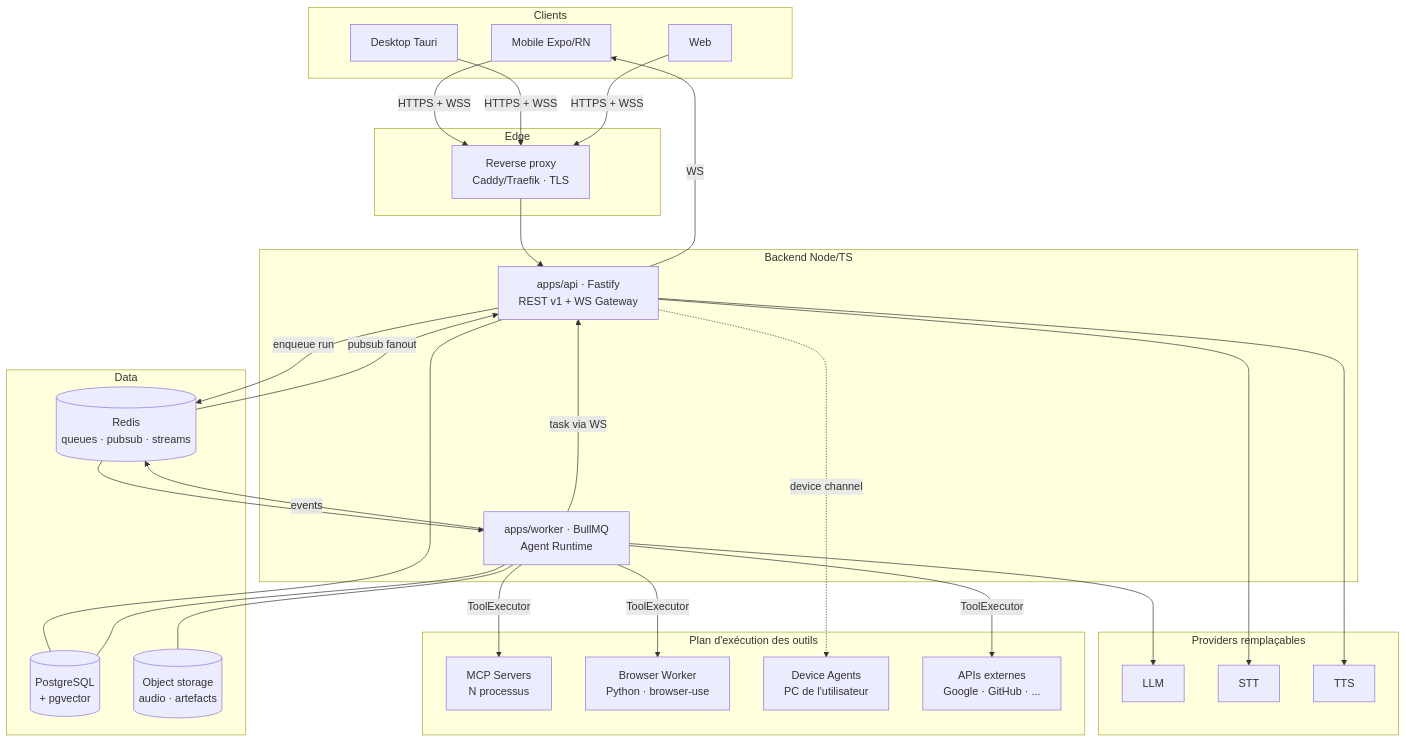
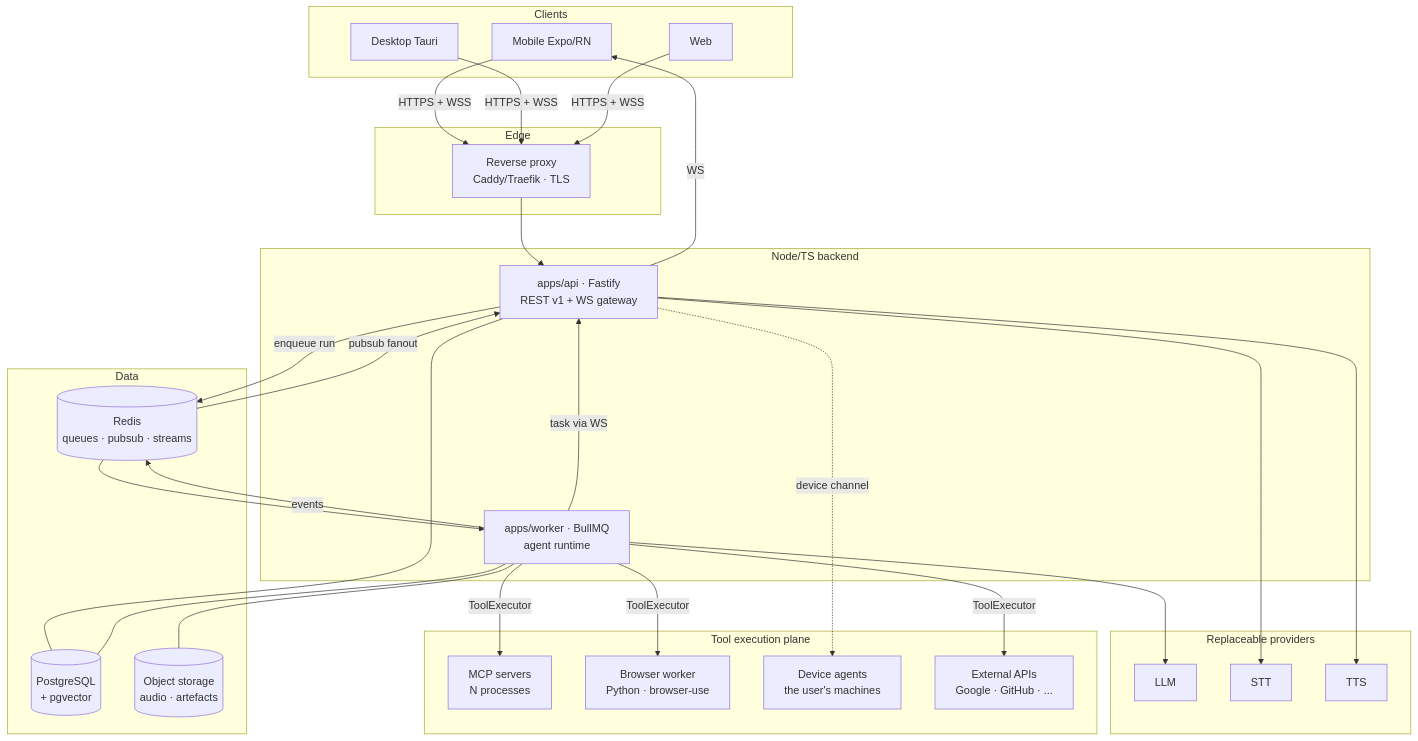
One commit to adlanehzx/Nexus changed the diagram in docs/architecture/00-overview.md. Above: the diagram before and after it, drawn with Mermaid. The commit also changed other lines of this file and 4 other files, not shown here.

````diff
--- a/docs/architecture/00-overview.md
+++ b/docs/architecture/00-overview.md
@@ -31,48 +30,48 @@
 ```mermaid
 flowchart TB
   subgraph Clients
     M[Mobile Expo/RN]
     D[Desktop Tauri]
     W[Web]
   end
 
   subgraph Edge
     RP[Reverse proxy<br/>Caddy/Traefik · TLS]
   end
 
-  subgraph Core["Backend Node/TS"]
-    API[apps/api · Fastify<br/>REST v1 + WS Gateway]
-    WK[apps/worker · BullMQ<br/>Agent Runtime]
+  subgraph Core["Node/TS backend"]
+    API[apps/api · Fastify<br/>REST v1 + WS gateway]
+    WK[apps/worker · BullMQ<br/>agent runtime]
   end
 
   subgraph Data
     PG[(PostgreSQL<br/>+ pgvector)]
     RD[(Redis<br/>queues · pubsub · streams)]
     OBJ[(Object storage<br/>audio · artefacts)]
   end
 
-  subgraph Capabilities["Plan d'exécution des outils"]
-    MCP[MCP Servers<br/>N processus]
-    BW[Browser Worker<br/>Python · browser-use]
-    DA[Device Agents<br/>PC de l'utilisateur]
-    EXT[APIs externes<br/>Google · GitHub · ...]
+  subgraph Capabilities["Tool execution plane"]
+    MCP[MCP servers<br/>N processes]
+    BW[Browser worker<br/>Python · browser-use]
+    DA[Device agents<br/>the user's machines]
+    EXT[External APIs<br/>Google · GitHub · ...]
   end
 
-  subgraph AI["Providers remplaçables"]
+  subgraph AI["Replaceable providers"]
     LLM[LLM]
     STT[STT]
     TTS[TTS]
   end
 
   M & D & W -->|HTTPS + WSS| RP --> API
   API -->|enqueue run| RD
   RD --> WK
   WK -->|events| RD -->|pubsub fanout| API -->|WS| M
   API --- PG
   WK --- PG
   WK --> LLM
   WK -->|ToolExecutor| MCP & BW & EXT
   WK -->|task via WS| API -.->|device channel| DA
   API --> STT & TTS
   WK --- OBJ
 ```
````
